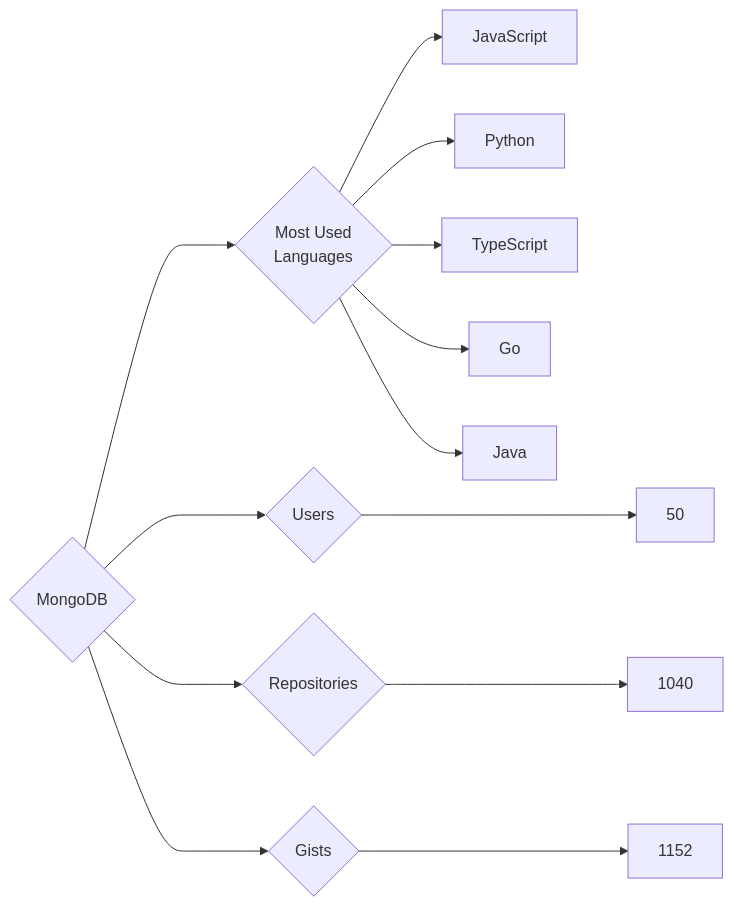
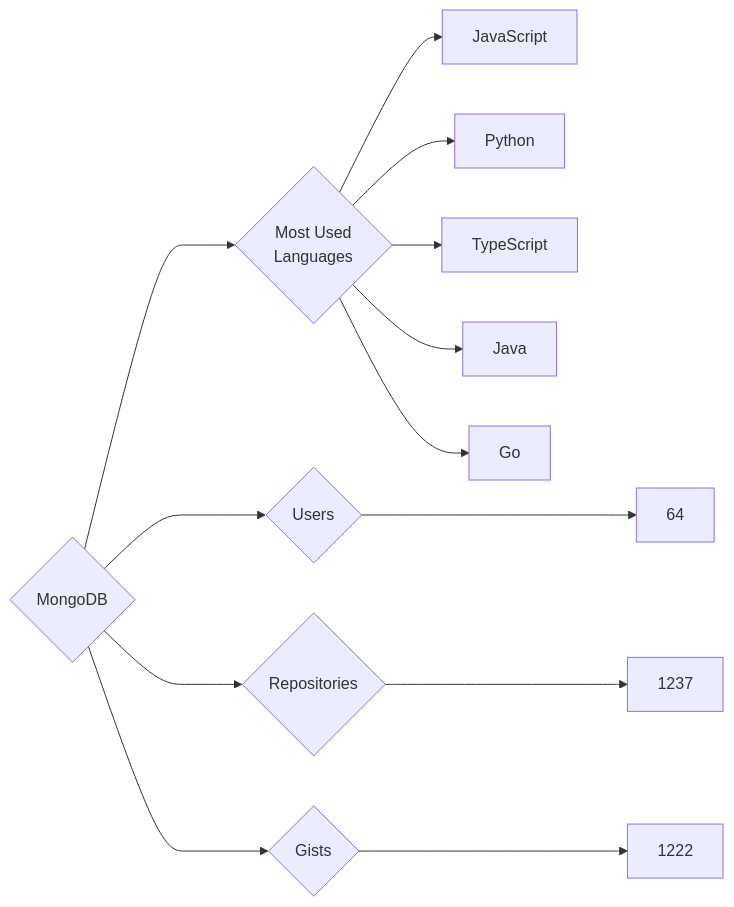
The diagram in targets/MongoDB/README.md (trickest/insiders), drawn with Mermaid before and after one commit. The commit also changed 534 other files, not shown here.

````diff
--- a/targets/MongoDB/README.md
+++ b/targets/MongoDB/README.md
@@ -3,13 +3,13 @@
 ```mermaid
 graph LR
 COMPANY_NAME{MongoDB}
-COMPANY_NAME ---> U{Users} ---> UN[50]
-COMPANY_NAME ---> R{Repositories} ---> RN[1040]
-COMPANY_NAME ---> G{Gists} ---> GN[1152]
+COMPANY_NAME ---> U{Users} ---> UN[64]
+COMPANY_NAME ---> R{Repositories} ---> RN[1237]
+COMPANY_NAME ---> G{Gists} ---> GN[1222]
 COMPANY_NAME ---> ML{Most Used<br>Languages}
 ML --> JavaScript[JavaScript]
 ML --> Python[Python]
 ML --> TypeScript[TypeScript]
+ML --> Java[Java]
 ML --> Go[Go]
-ML --> Java[Java]
 ```
````
